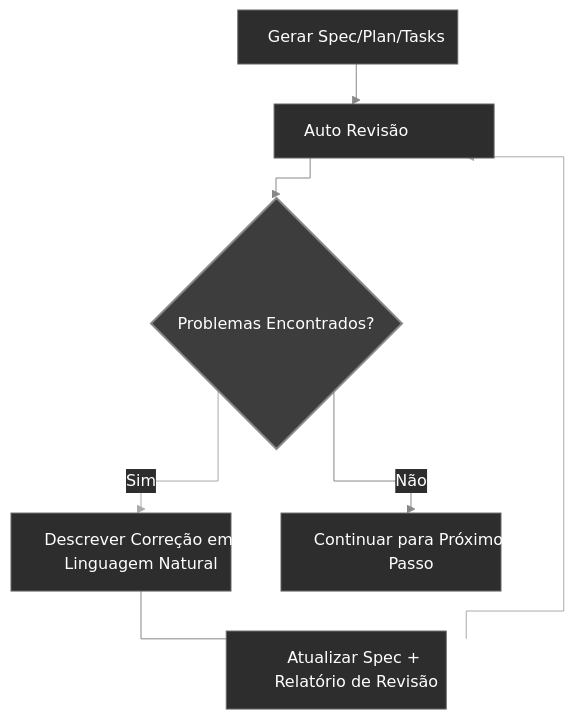
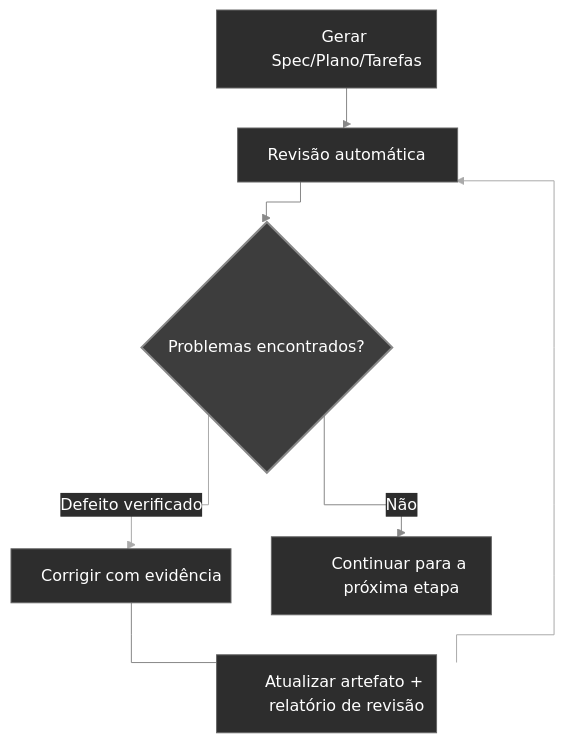
Before and after one commit to Zts0hg/codexspec: the diagram in README.pt-BR.md, drawn with Mermaid. The commit also changed other lines of this file and 6 other files, not shown here.

````diff
--- a/README.pt-BR.md
+++ b/README.pt-BR.md
@@ -346,31 +348,31 @@
 ```mermaid
 %%{init: {
   'theme': 'base',
   'themeVariables': {
     'lineColor': '#888888',
     'primaryColor': '#2d2d2d',
     'primaryTextColor': '#ffffff',
     'primaryBorderColor': '#666666'
   },
   'flowchart': {
     'curve': 'stepBefore',
     'nodeSpacing': 50,
     'rankSpacing': 40
   }
 }}%%
 flowchart TB
     classDef rectStyle fill:#2d2d2d,stroke:#666,stroke-width:1px,color:#fff,width:220px;
     classDef diamondStyle fill:#3d3d3d,stroke:#888,stroke-width:2px,color:#fff;
 
-    A["Gerar Spec/Plan/Tasks"]:::rectStyle --> B["Auto Revisão"]:::rectStyle
-    B --> C{"Problemas Encontrados?"}:::diamondStyle
+    A["Gerar Spec/Plano/Tarefas"]:::rectStyle --> B["Revisão automática"]:::rectStyle
+    B --> C{"Problemas encontrados?"}:::diamondStyle
 
-    C -->|Sim| D["Descrever Correção em Linguagem Natural"]:::rectStyle
-    D --> E["Atualizar Spec + Relatório de Revisão"]:::rectStyle
+    C -->|Defeito verificado| D["Corrigir com evidência"]:::rectStyle
+    D --> E["Atualizar artefato + relatório de revisão"]:::rectStyle
 
     E --> B
 
-    C -->|Não| F["Continuar para Próximo Passo"]:::rectStyle
+    C -->|Não| F["Continuar para a próxima etapa"]:::rectStyle
 
     linkStyle 2,4 stroke:#aaa,stroke-width:1px;
 ```
````
